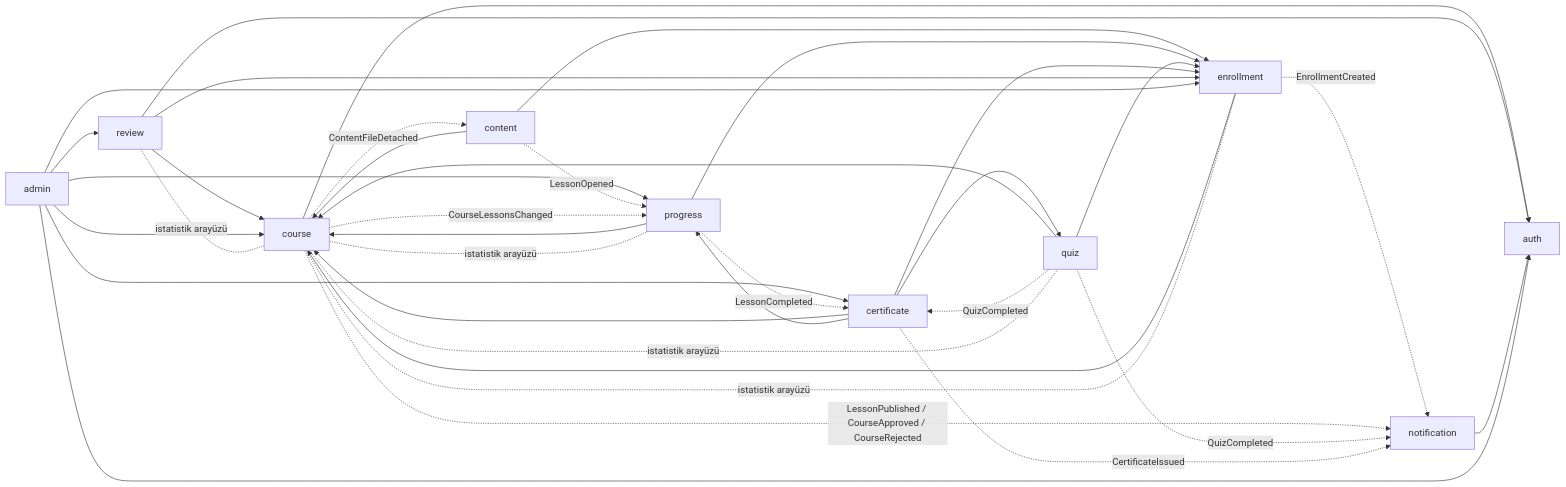
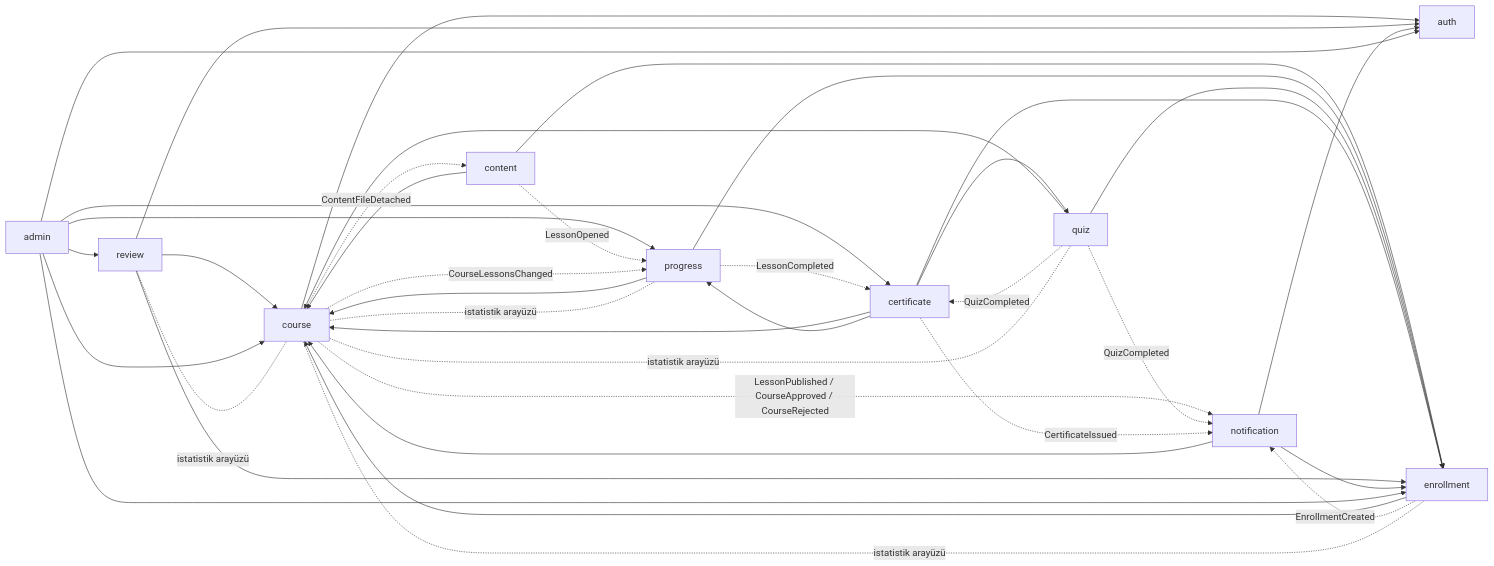
Before and after one commit to Bertanokt/mini-udemy: the second of 2 diagrams in docs/architecture.md, drawn with Mermaid. The commit also changed other lines of this file and 17 other files, not shown here.

````diff
--- a/docs/architecture.md
+++ b/docs/architecture.md
@@ -232,41 +242,43 @@
 ```mermaid
 flowchart LR
   auth
   course --> auth
   enrollment --> course
   content --> course
   content --> enrollment
   progress --> course
   progress --> enrollment
   quiz --> course
   quiz --> enrollment
   certificate --> course
   certificate --> enrollment
   certificate --> progress
   certificate --> quiz
   review --> auth
   review --> course
   review --> enrollment
   notification --> auth
+  notification --> course
+  notification --> enrollment
   admin --> auth
   admin --> course
   admin --> enrollment
   admin --> progress
   admin --> certificate
   admin --> review
 
   enrollment -. EnrollmentCreated .-> notification
   course -. LessonPublished / CourseApproved / CourseRejected .-> notification
   content -. LessonOpened .-> progress
   course -. CourseLessonsChanged .-> progress
   course -. ContentFileDetached .-> content
   progress -. LessonCompleted .-> certificate
   quiz -. QuizCompleted .-> certificate
   quiz -. QuizCompleted .-> notification
   certificate -. CertificateIssued .-> notification
 
   enrollment -.-|istatistik arayüzü| course
   progress -.-|istatistik arayüzü| course
   quiz -.-|istatistik arayüzü| course
   review -.-|istatistik arayüzü| course
 ```
````
